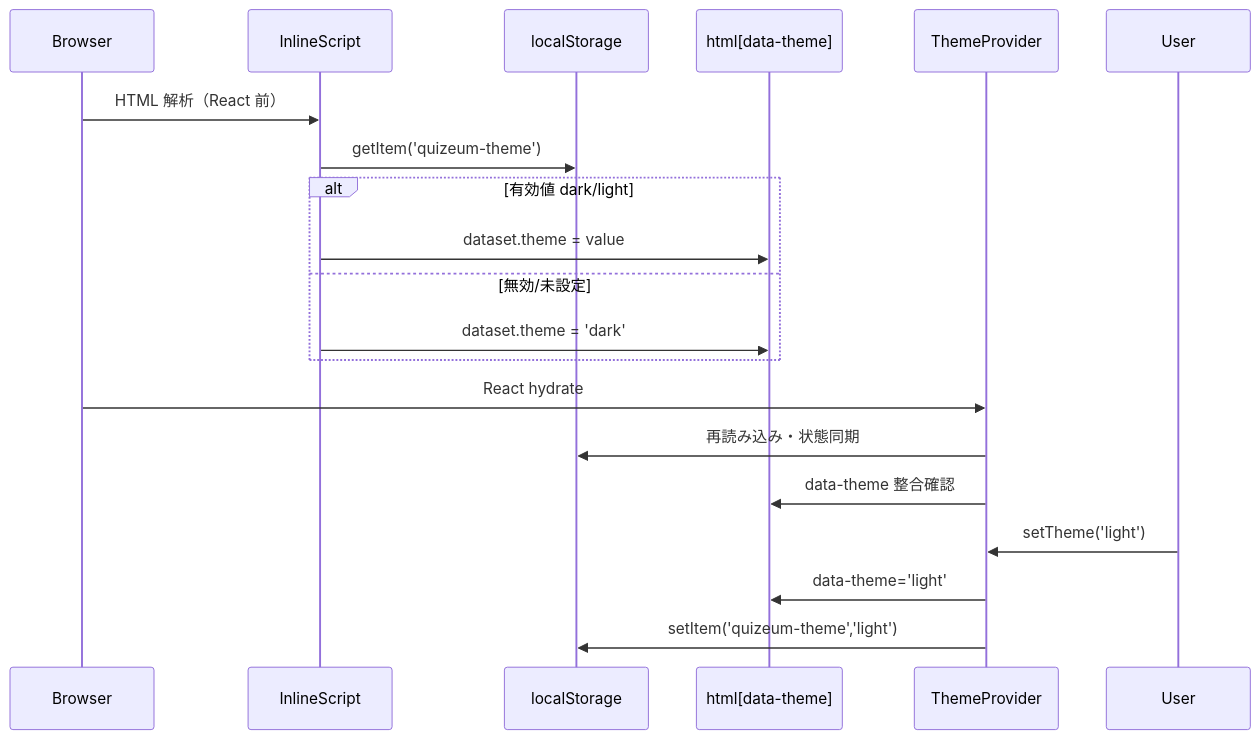
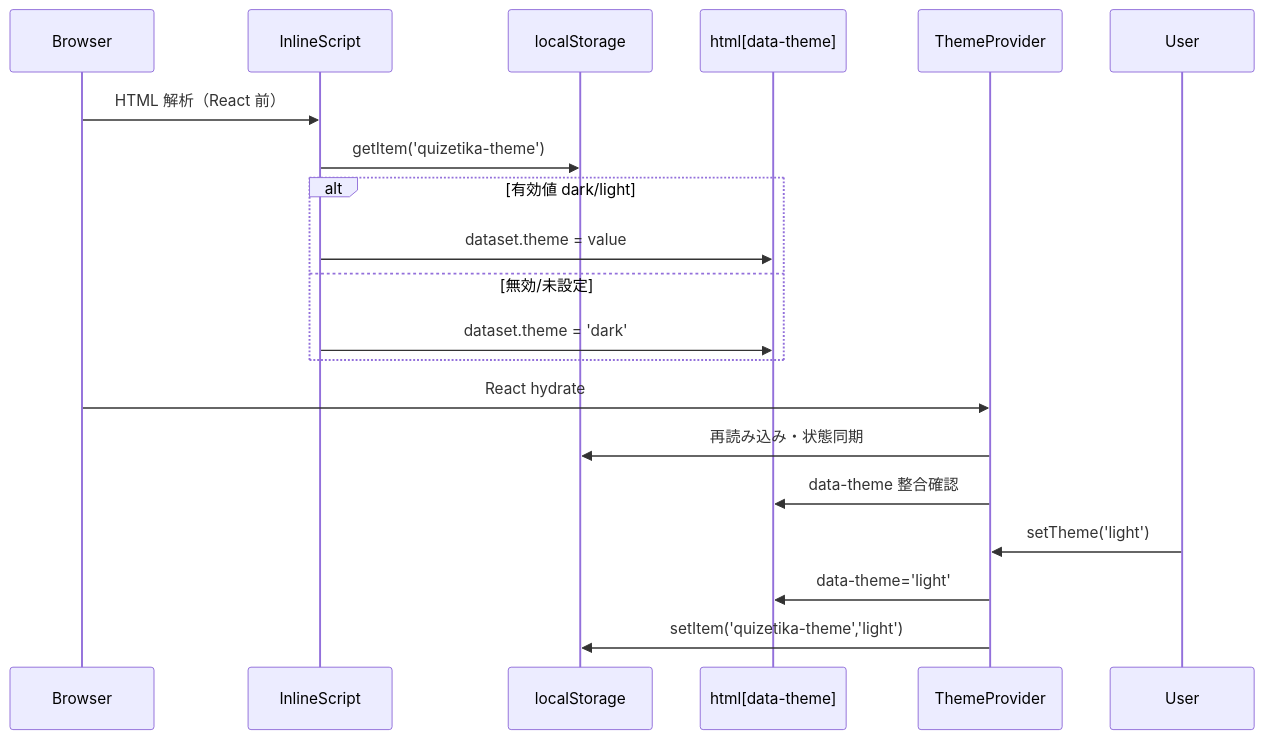
One commit to npressoworks/quizetika changed the second of 3 diagrams in .kiro/specs/quizeum-user-settings-ui/design.md. Above: the diagram before and after it, drawn with Mermaid. The commit also changed other lines of this file and 207 other files, not shown here.

````diff
--- a/.kiro/specs/quizeum-user-settings-ui/design.md
+++ b/.kiro/specs/quizeum-user-settings-ui/design.md
@@ -162,23 +162,23 @@
 ```mermaid
 sequenceDiagram
     participant Browser
     participant InlineScript
     participant localStorage
     participant HTML as html[data-theme]
     participant ThemeProvider
     participant User
 
     Browser->>InlineScript: HTML 解析（React 前）
-    InlineScript->>localStorage: getItem('quizeum-theme')
+    InlineScript->>localStorage: getItem('quizetika-theme')
     alt 有効値 dark/light
         InlineScript->>HTML: dataset.theme = value
     else 無効/未設定
         InlineScript->>HTML: dataset.theme = 'dark'
     end
     Browser->>ThemeProvider: React hydrate
     ThemeProvider->>localStorage: 再読み込み・状態同期
     ThemeProvider->>HTML: data-theme 整合確認
     User->>ThemeProvider: setTheme('light')
     ThemeProvider->>HTML: data-theme='light'
-    ThemeProvider->>localStorage: setItem('quizeum-theme','light')
+    ThemeProvider->>localStorage: setItem('quizetika-theme','light')
 ```
````
